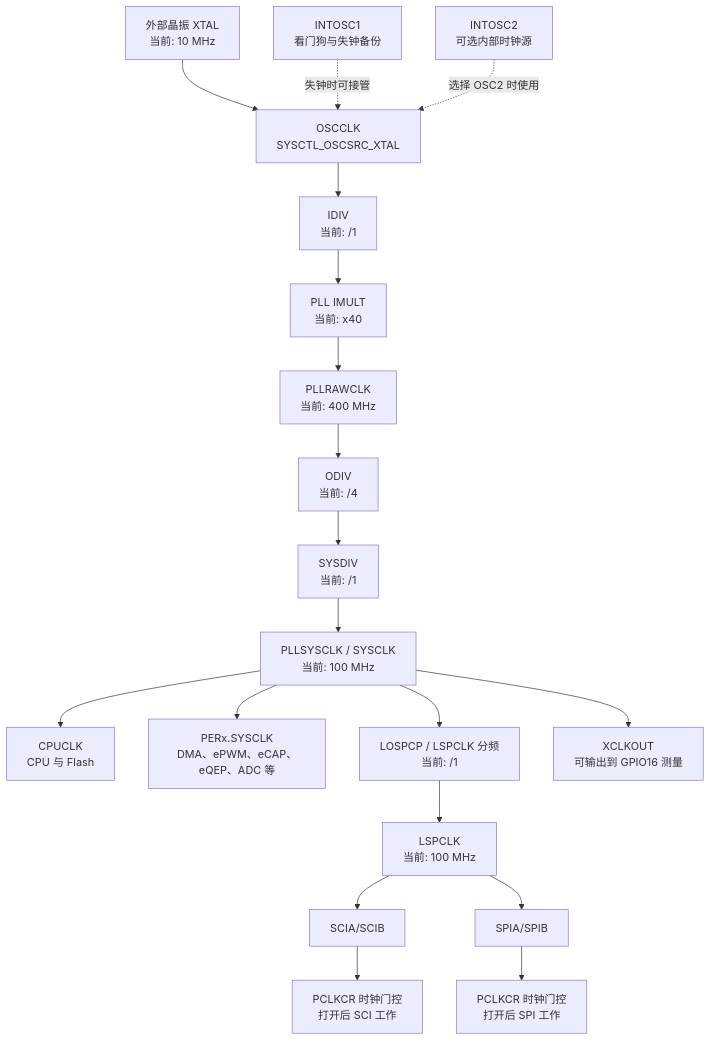
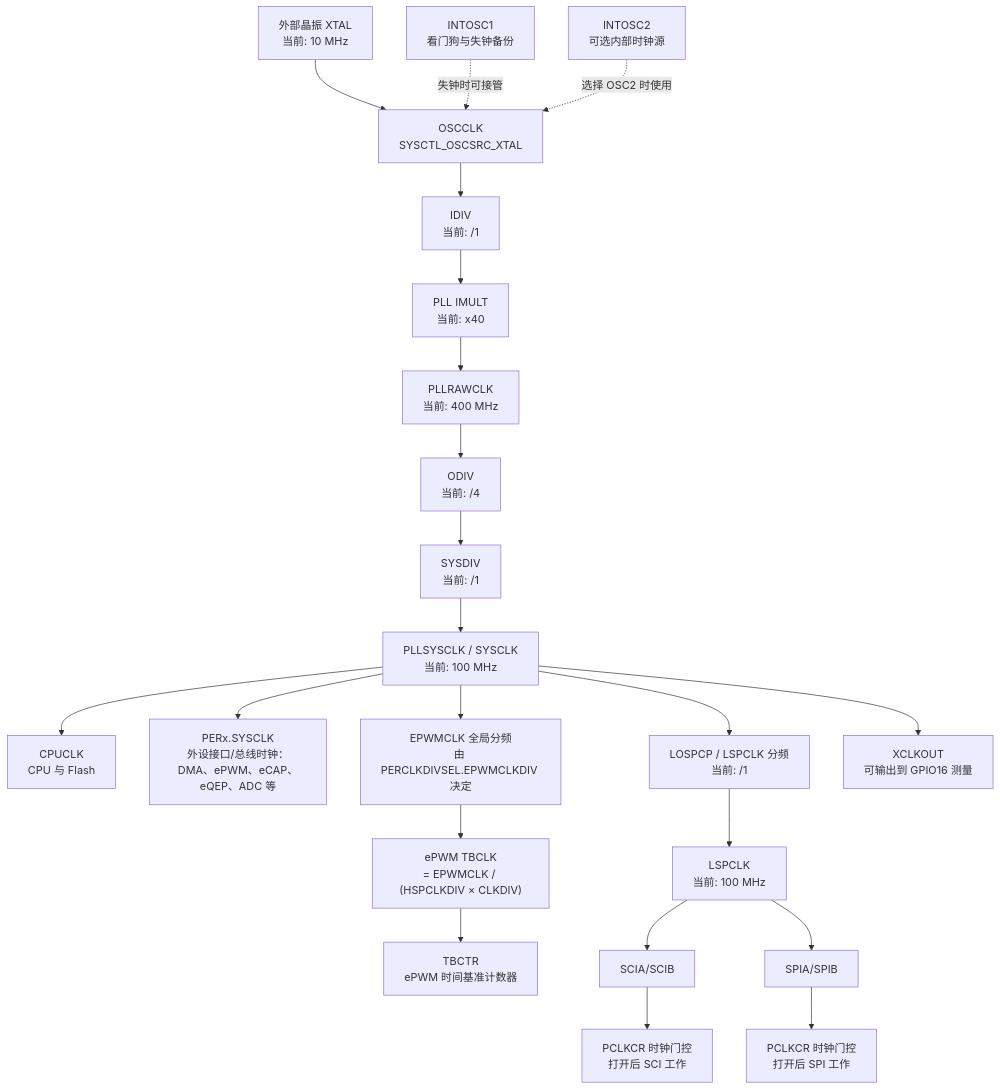
Before and after one commit to haa-studio/obsidian: the diagram in QX/F280049 时钟树.md, drawn with Mermaid. The commit also changed other lines of this file and 4 other files, not shown here.

````diff
--- a/QX/F280049 时钟树.md
+++ b/QX/F280049 时钟树.md
@@ -11,24 +11,27 @@
 ```mermaid
 flowchart TB
     A["外部晶振 XTAL<br/>当前: 10 MHz"] --> B["OSCCLK<br/>SYSCTL_OSCSRC_XTAL"]
     A1["INTOSC1<br/>看门狗与失钟备份"] -. "失钟时可接管" .-> B
     A2["INTOSC2<br/>可选内部时钟源"] -. "选择 OSC2 时使用" .-> B
 
     B --> C["IDIV<br/>当前: /1"]
     C --> D["PLL IMULT<br/>当前: x40"]
     D --> E["PLLRAWCLK<br/>当前: 400 MHz"]
     E --> F["ODIV<br/>当前: /4"]
     F --> G["SYSDIV<br/>当前: /1"]
     G --> H["PLLSYSCLK / SYSCLK<br/>当前: 100 MHz"]
 
     H --> I["CPUCLK<br/>CPU 与 Flash"]
-    H --> J["PERx.SYSCLK<br/>DMA、ePWM、eCAP、eQEP、ADC 等"]
+    H --> J["PERx.SYSCLK<br/>外设接口/总线时钟：DMA、ePWM、eCAP、eQEP、ADC 等"]
+    H --> R["EPWMCLK 全局分频<br/>由 PERCLKDIVSEL.EPWMCLKDIV 决定"]
+    R --> S["ePWM TBCLK<br/>= EPWMCLK / (HSPCLKDIV × CLKDIV)"]
+    S --> T["TBCTR<br/>ePWM 时间基准计数器"]
     H --> K["LOSPCP / LSPCLK 分频<br/>当前: /1"]
     K --> L["LSPCLK<br/>当前: 100 MHz"]
 
     L --> M["SCIA/SCIB"]
     L --> N["SPIA/SPIB"]
     M --> O["PCLKCR 时钟门控<br/>打开后 SCI 工作"]
     N --> P["PCLKCR 时钟门控<br/>打开后 SPI 工作"]
     H --> Q["XCLKOUT<br/>可输出到 GPIO16 测量"]
 ```
````
